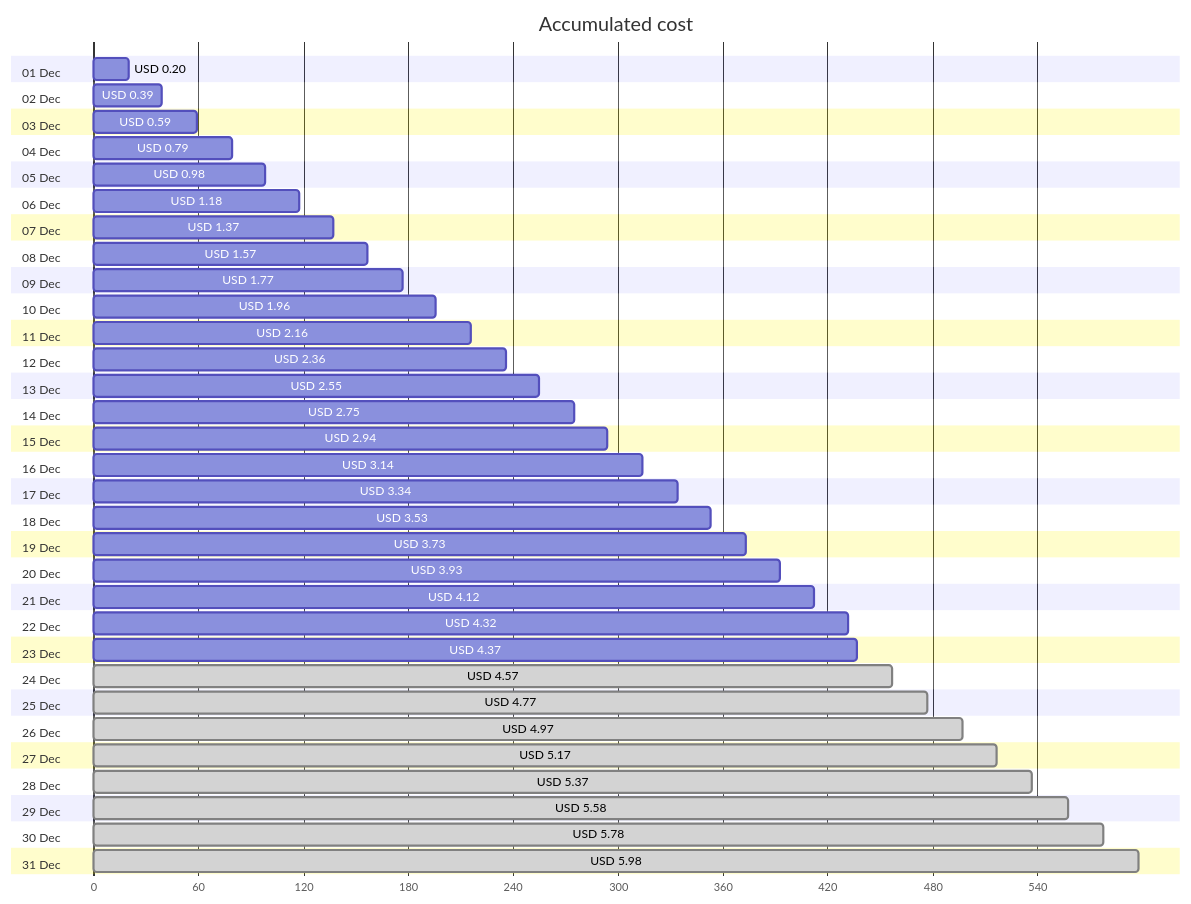
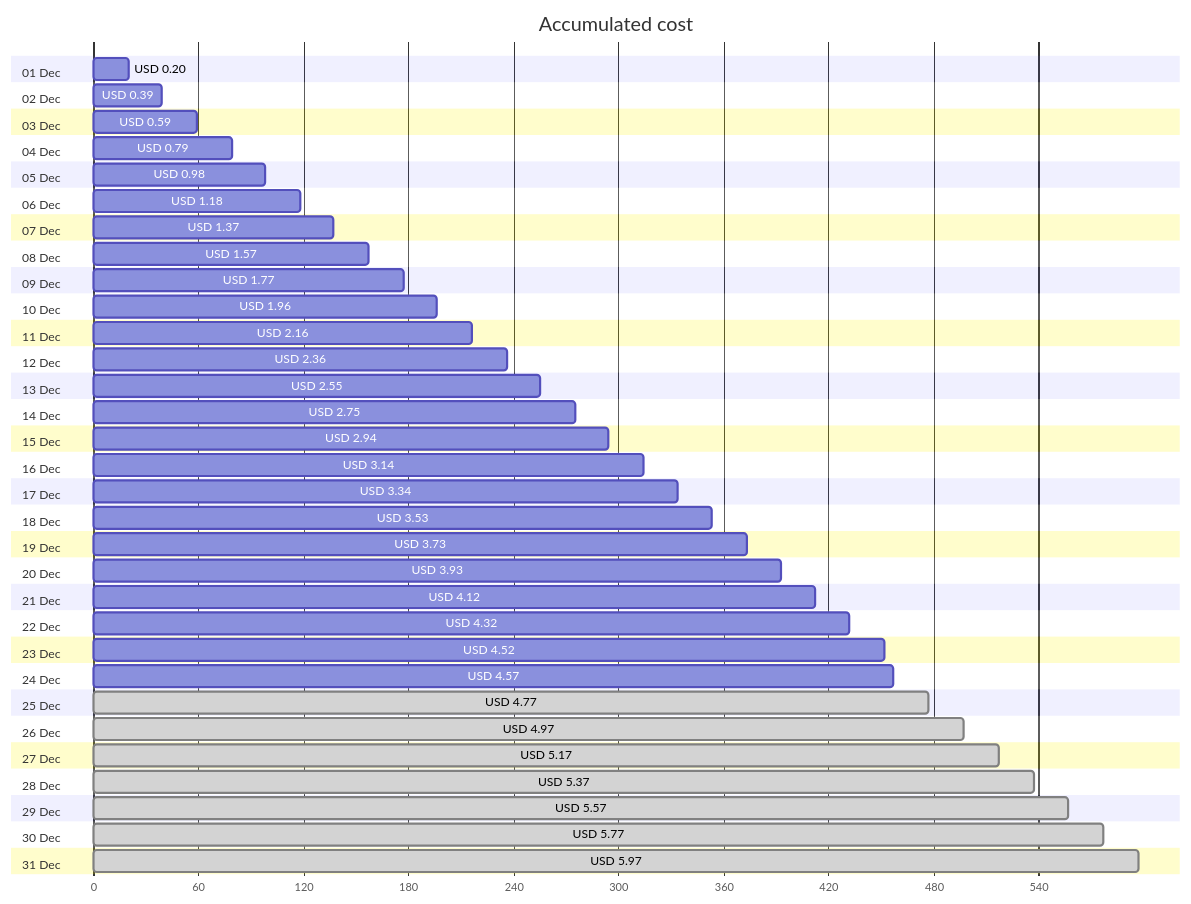
The first of 4 diagrams in cost-reports/personal-network/backup-server.md (jpfulton/azure-personal-reports), drawn with Mermaid before and after one commit. The commit also changed other lines of this file and 8 other files, not shown here.

````diff
--- a/cost-reports/personal-network/backup-server.md
+++ b/cost-reports/personal-network/backup-server.md
@@ -20,68 +20,68 @@
 ```mermaid
 gantt
    title Accumulated cost
    dateFormat  X
    axisFormat %s
    section 01 Dec
    USD 0.20 :0, 20
    section 02 Dec
    USD 0.39 :0, 39
    section 03 Dec
    USD 0.59 :0, 59
    section 04 Dec
    USD 0.79 :0, 79
    section 05 Dec
    USD 0.98 :0, 98
    section 06 Dec
    USD 1.18 :0, 118
    section 07 Dec
    USD 1.37 :0, 137
    section 08 Dec
    USD 1.57 :0, 157
    section 09 Dec
    USD 1.77 :0, 177
    section 10 Dec
    USD 1.96 :0, 196
    section 11 Dec
    USD 2.16 :0, 216
    section 12 Dec
    USD 2.36 :0, 236
    section 13 Dec
    USD 2.55 :0, 255
    section 14 Dec
    USD 2.75 :0, 275
    section 15 Dec
    USD 2.94 :0, 294
    section 16 Dec
    USD 3.14 :0, 314
    section 17 Dec
    USD 3.34 :0, 334
    section 18 Dec
    USD 3.53 :0, 353
    section 19 Dec
    USD 3.73 :0, 373
    section 20 Dec
    USD 3.93 :0, 393
    section 21 Dec
    USD 4.12 :0, 412
    section 22 Dec
    USD 4.32 :0, 432
    section 23 Dec
-   USD 4.37 :0, 437
+   USD 4.52 :0, 452
    section 24 Dec
-   USD 4.57 : done, 0, 457
+   USD 4.57 :0, 457
    section 25 Dec
    USD 4.77 : done, 0, 477
    section 26 Dec
    USD 4.97 : done, 0, 497
    section 27 Dec
    USD 5.17 : done, 0, 517
    section 28 Dec
    USD 5.37 : done, 0, 537
    section 29 Dec
-   USD 5.58 : done, 0, 558
+   USD 5.57 : done, 0, 557
    section 30 Dec
-   USD 5.78 : done, 0, 578
+   USD 5.77 : done, 0, 577
    section 31 Dec
-   USD 5.98 : done, 0, 598
+   USD 5.97 : done, 0, 597
 ```
````
